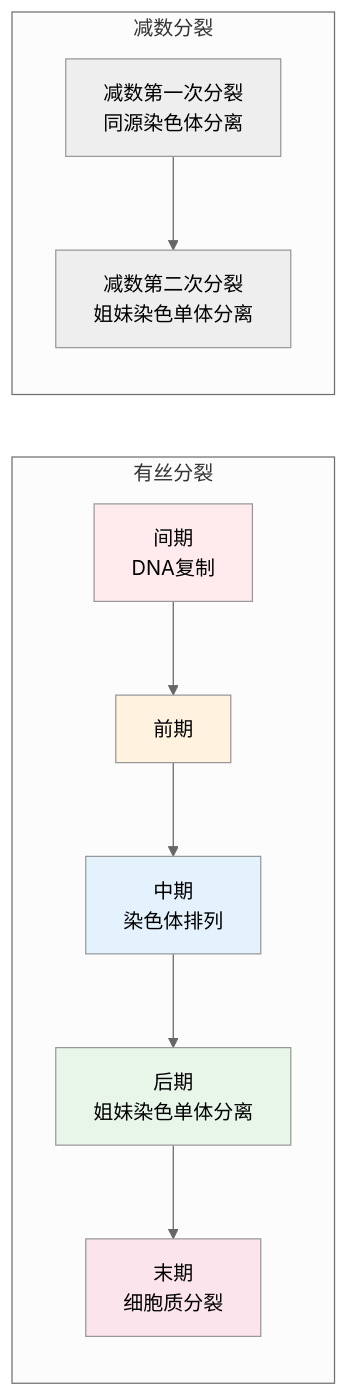
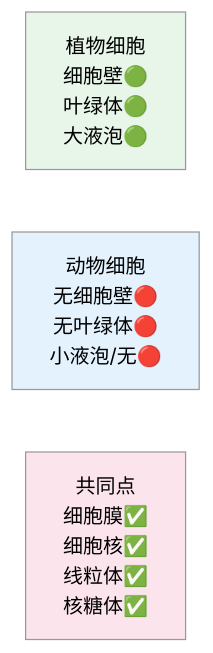
The third of 11 diagrams in content/natural-sciences/biology/index.md (wxyClark/wxyClark.github.io), drawn with Mermaid (neutral theme) before and after one commit. The commit also changed other lines of this file and 11 other files, not shown here.

````diff
--- a/content/natural-sciences/biology/index.md
+++ b/content/natural-sciences/biology/index.md
@@ -73,21 +83,10 @@
 ```mermaid
 flowchart LR
-    subgraph 有丝分裂
-        I[间期<br/>DNA复制] --> P[前期]
-        P --> M[中期<br/>染色体排列]
-        M --> A[后期<br/>姐妹染色单体分离]
-        A --> T[末期<br/>细胞质分裂]
-    end
+    PL[植物细胞<br/>细胞壁🟢<br/>叶绿体🟢<br/>大液泡🟢] 
+    AN[动物细胞<br/>无细胞壁🔴<br/>无叶绿体🔴<br/>小液泡/无🔴] 
+    SA[共同点<br/>细胞膜✅<br/>细胞核✅<br/>线粒体✅<br/>核糖体✅]
     
-    subgraph 减数分裂
-        MI[减数第一次分裂<br/>同源染色体分离]
-        MII[减数第二次分裂<br/>姐妹染色单体分离]
-        MI --> MII
-    end
-    
-    style I fill:#ffebee
-    style P fill:#fff3e0
-    style M fill:#e3f2fd
-    style A fill:#e8f5e9
-    style T fill:#fce4ec
+    style PL fill:#e8f5e9
+    style AN fill:#e3f2fd
+    style SA fill:#fce4ec
 ```
````
